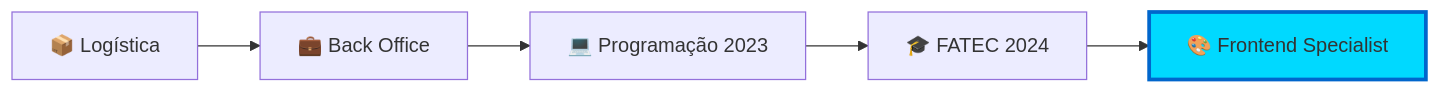
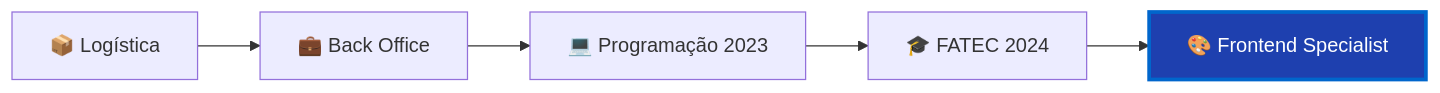
Before and after one commit to rafaslivka/bertoti: the diagram in Metodologia/reame.md, drawn with Mermaid. The commit also changed other lines of this file, not shown here.

````diff
--- a/Metodologia/reame.md
+++ b/Metodologia/reame.md
@@ -43,8 +41,8 @@
 ```mermaid
 graph LR
     A[📦 Logística] --> B[💼 Back Office]
     B --> C[💻 Programação 2023]
     C --> D[🎓 FATEC 2024]
     D --> E[🎨 Frontend Specialist]
-    style E fill:#00d9ff,stroke:#0066cc,stroke-width:3px
+    style E fill:#1e40af,stroke:#0066cc,stroke-width:3px,color:#ffffff
 ```
````
